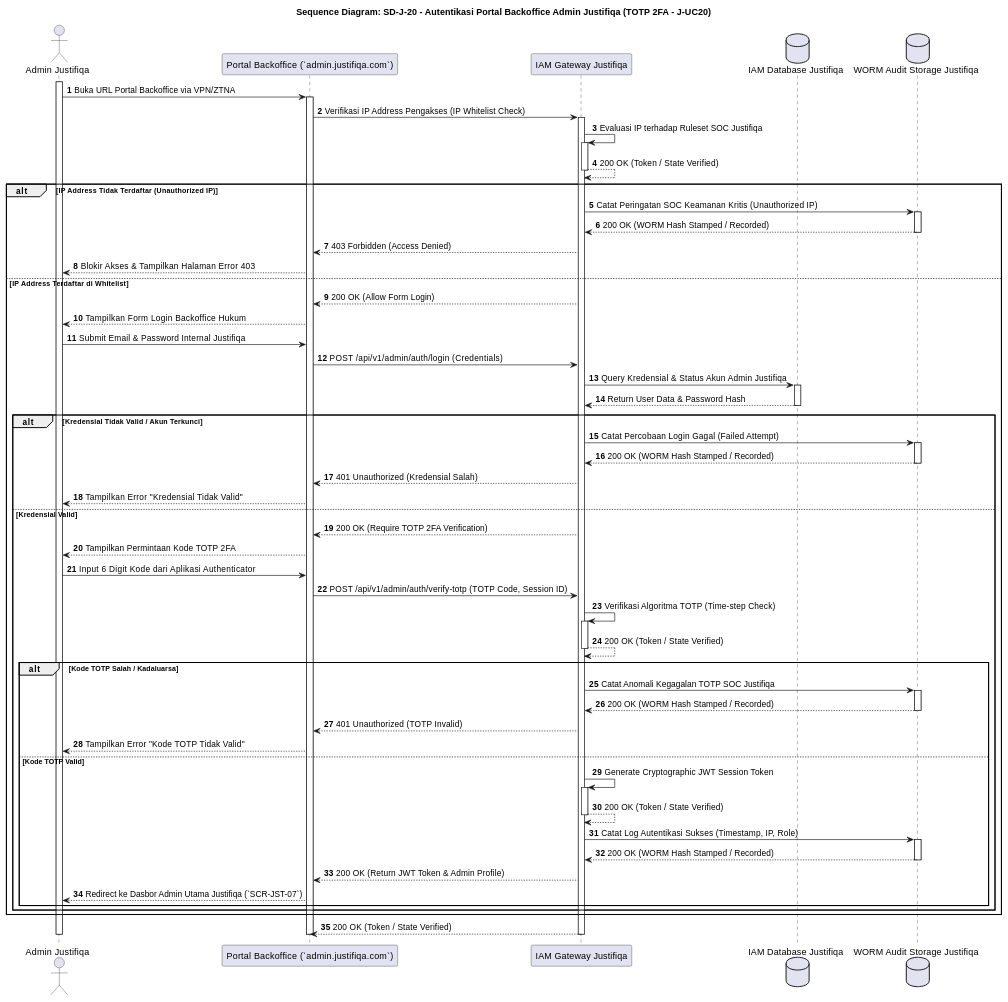
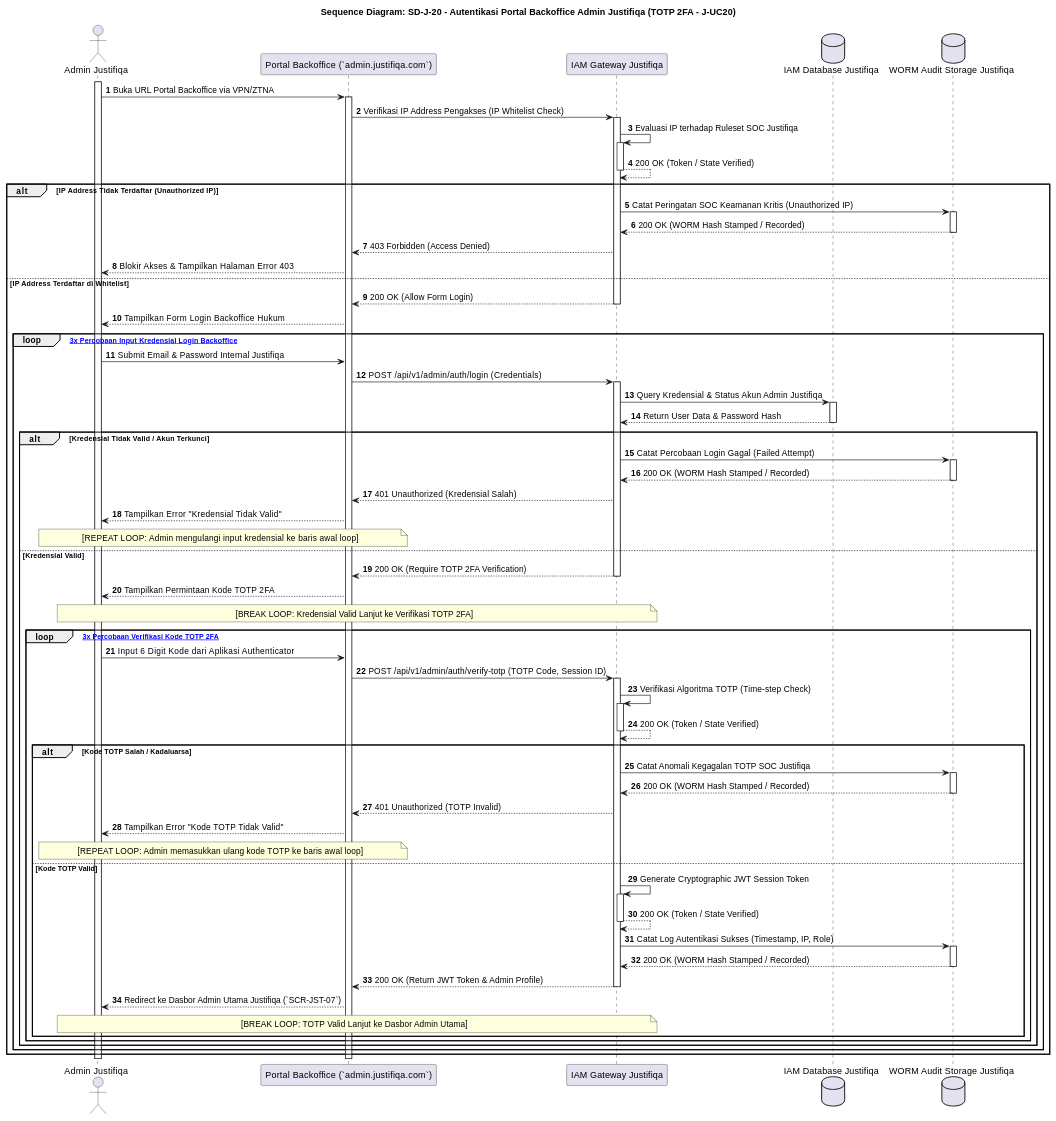
Diagram 16 of 28 in MarkDown/plantuml_sequence_diagrams.md (tupperwureism/SuperApp-Gagal), drawn with PlantUML before and after one commit. The commit also changed other lines of this file and 2 other files, not shown here.

Commit message:
feat(moderation): update AD-J-10 & SD-J-10 with Evidence Triage and 1-to-1 Verstek branch, create AD-J-21 & SD-J-21 for J-UC21 whistleblowing flow

````diff
--- a/MarkDown/plantuml_sequence_diagrams.md
+++ b/MarkDown/plantuml_sequence_diagrams.md
@@ -812,62 +883,71 @@
 ```plantuml
 @startuml
 title Sequence Diagram: SD-J-20 - Autentikasi Portal Backoffice Admin Justifiqa (TOTP 2FA - J-UC20)
 autonumber
 actor "Admin Justifiqa" as Admin
 participant "Portal Backoffice (`admin.justifiqa.com`)" as FE
 participant "IAM Gateway Justifiqa" as IAM
 database "IAM Database Justifiqa" as DB
 database "WORM Audit Storage Justifiqa" as WORM
 
 activate Admin
 Admin -> FE ++ : Buka URL Portal Backoffice via VPN/ZTNA
 FE -> IAM ++ : Verifikasi IP Address Pengakses (IP Whitelist Check)
 IAM -> IAM ++ : Evaluasi IP terhadap Ruleset SOC Justifiqa
 IAM --> IAM -- : 200 OK (Token / State Verified)
 
 alt IP Address Tidak Terdaftar (Unauthorized IP)
     IAM -> WORM ++ : Catat Peringatan SOC Keamanan Kritis (Unauthorized IP)
     WORM --> IAM -- : 200 OK (WORM Hash Stamped / Recorded)
     IAM --> FE : 403 Forbidden (Access Denied)
     FE --> Admin : Blokir Akses & Tampilkan Halaman Error 403
 else IP Address Terdaftar di Whitelist
-    IAM --> FE : 200 OK (Allow Form Login)
+    IAM --> FE -- : 200 OK (Allow Form Login)
     FE --> Admin : Tampilkan Form Login Backoffice Hukum
-    Admin -> FE : Submit Email & Password Internal Justifiqa
-    FE -> IAM : POST /api/v1/admin/auth/login (Credentials)
-    IAM -> DB ++ : Query Kredensial & Status Akun Admin Justifiqa
-    DB --> IAM -- : Return User Data & Password Hash
     
-    alt Kredensial Tidak Valid / Akun Terkunci
-        IAM -> WORM ++ : Catat Percobaan Login Gagal (Failed Attempt)
-        WORM --> IAM -- : 200 OK (WORM Hash Stamped / Recorded)
-        IAM --> FE : 401 Unauthorized (Kredensial Salah)
-        FE --> Admin : Tampilkan Error "Kredensial Tidak Valid"
-    else Kredensial Valid
-        IAM --> FE : 200 OK (Require TOTP 2FA Verification)
-        FE --> Admin : Tampilkan Permintaan Kode TOTP 2FA
-        Admin -> FE : Input 6 Digit Kode dari Aplikasi Authenticator
-        FE -> IAM : POST /api/v1/admin/auth/verify-totp (TOTP Code, Session ID)
-        IAM -> IAM ++ : Verifikasi Algoritma TOTP (Time-step Check)
-        IAM --> IAM -- : 200 OK (Token / State Verified)
+    loop [Maksimal 3x Percobaan Input Kredensial Login Backoffice]
+        Admin -> FE : Submit Email & Password Internal Justifiqa
+        FE -> IAM ++ : POST /api/v1/admin/auth/login (Credentials)
+        IAM -> DB ++ : Query Kredensial & Status Akun Admin Justifiqa
+        DB --> IAM -- : Return User Data & Password Hash
         
-        alt Kode TOTP Salah / Kadaluarsa
-            IAM -> WORM ++ : Catat Anomali Kegagalan TOTP SOC Justifiqa
+        alt Kredensial Tidak Valid / Akun Terkunci
+            IAM -> WORM ++ : Catat Percobaan Login Gagal (Failed Attempt)
             WORM --> IAM -- : 200 OK (WORM Hash Stamped / Recorded)
-            IAM --> FE : 401 Unauthorized (TOTP Invalid)
-            FE --> Admin : Tampilkan Error "Kode TOTP Tidak Valid"
-        else Kode TOTP Valid
-            IAM -> IAM ++ : Generate Cryptographic JWT Session Token
-            IAM --> IAM -- : 200 OK (Token / State Verified)
-            IAM -> WORM ++ : Catat Log Autentikasi Sukses (Timestamp, IP, Role)
-            WORM --> IAM -- : 200 OK (WORM Hash Stamped / Recorded)
-            IAM --> FE : 200 OK (Return JWT Token & Admin Profile)
-            FE --> Admin : Redirect ke Dasbor Admin Utama Justifiqa (`SCR-JST-07`)
+            IAM --> FE : 401 Unauthorized (Kredensial Salah)
+            FE --> Admin : Tampilkan Error "Kredensial Tidak Valid"
+            note over Admin, FE : [REPEAT LOOP: Admin mengulangi input kredensial ke baris awal loop]
+        else Kredensial Valid
+            IAM --> FE -- : 200 OK (Require TOTP 2FA Verification)
+            FE --> Admin : Tampilkan Permintaan Kode TOTP 2FA
+            note over Admin, IAM : [BREAK LOOP: Kredensial Valid Lanjut ke Verifikasi TOTP 2FA]
+            
+            loop [Maksimal 3x Percobaan Verifikasi Kode TOTP 2FA]
+                Admin -> FE : Input 6 Digit Kode dari Aplikasi Authenticator
+                FE -> IAM ++ : POST /api/v1/admin/auth/verify-totp (TOTP Code, Session ID)
+                IAM -> IAM ++ : Verifikasi Algoritma TOTP (Time-step Check)
+                IAM --> IAM -- : 200 OK (Token / State Verified)
+                
+                alt Kode TOTP Salah / Kadaluarsa
+                    IAM -> WORM ++ : Catat Anomali Kegagalan TOTP SOC Justifiqa
+                    WORM --> IAM -- : 200 OK (WORM Hash Stamped / Recorded)
+                    IAM --> FE : 401 Unauthorized (TOTP Invalid)
+                    FE --> Admin : Tampilkan Error "Kode TOTP Tidak Valid"
+                    note over Admin, FE : [REPEAT LOOP: Admin memasukkan ulang kode TOTP ke baris awal loop]
+                else Kode TOTP Valid
+                    IAM -> IAM ++ : Generate Cryptographic JWT Session Token
+                    IAM --> IAM -- : 200 OK (Token / State Verified)
+                    IAM -> WORM ++ : Catat Log Autentikasi Sukses (Timestamp, IP, Role)
+                    WORM --> IAM -- : 200 OK (WORM Hash Stamped / Recorded)
+                    IAM --> FE -- : 200 OK (Return JWT Token & Admin Profile)
+                    FE --> Admin : Redirect ke Dasbor Admin Utama Justifiqa (`SCR-JST-07`)
+                    note over Admin, IAM : [BREAK LOOP: TOTP Valid Lanjut ke Dasbor Admin Utama]
+                end
+            end
         end
     end
 end
-IAM --> FE -- : 200 OK (Token / State Verified)
 deactivate FE
 deactivate Admin
 @enduml
 ```
````
